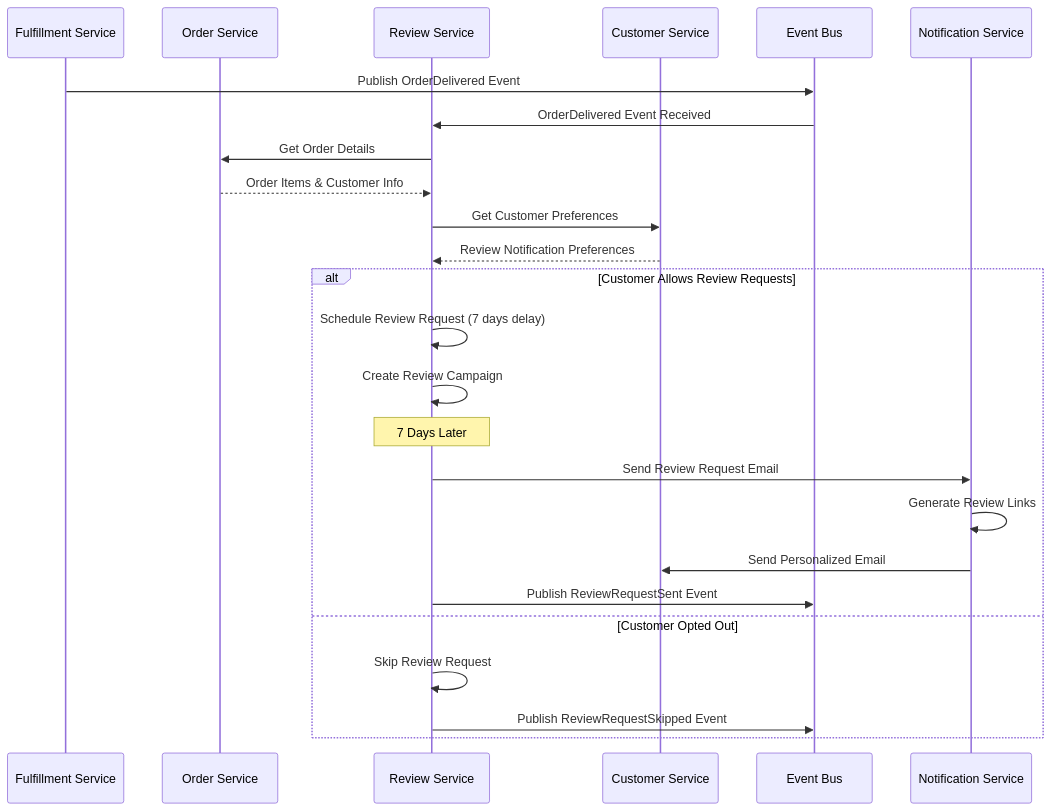
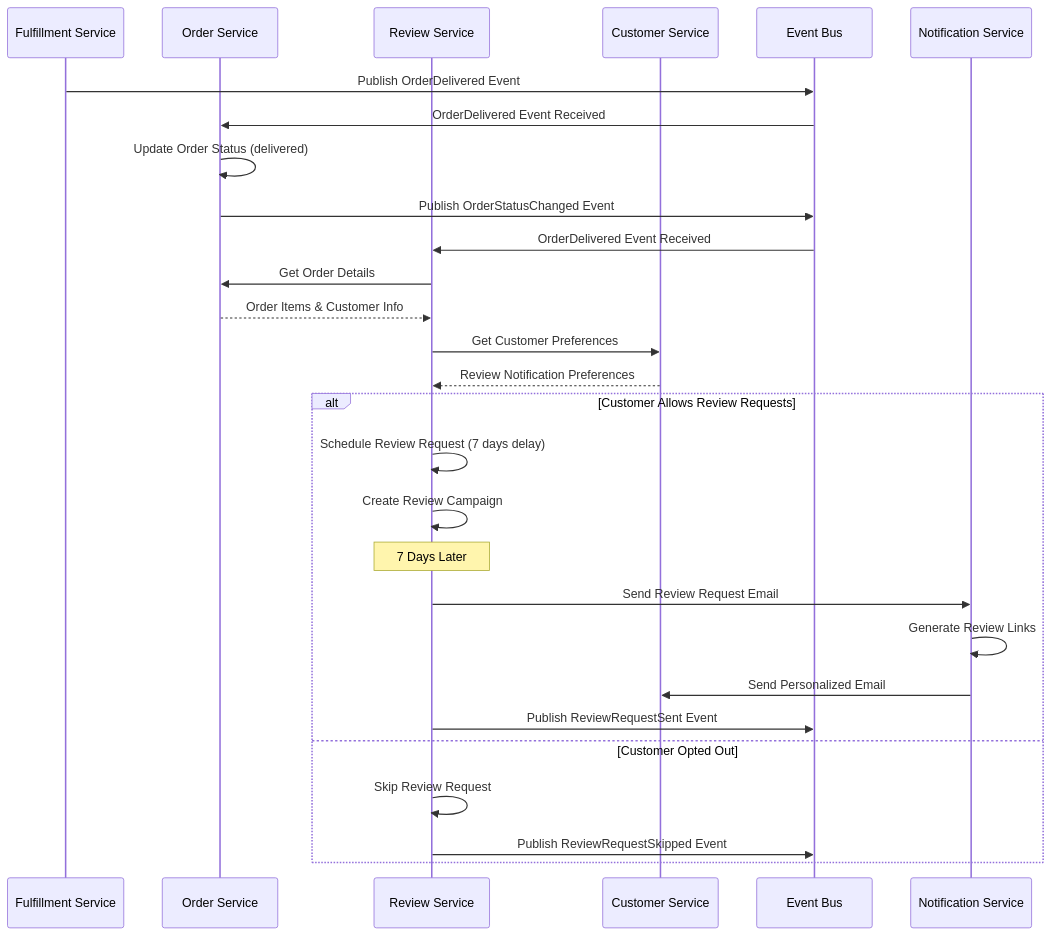
One commit to vesviet/Composable-Commerce-Service-Architecture changed the eighth of 9 diagrams in 02-business-domains/commerce/order-management.md. Above: the diagram before and after it, drawn with Mermaid. The commit also changed other lines of this file and 5 other files, not shown here.

````diff
--- a/02-business-domains/commerce/order-management.md
+++ b/02-business-domains/commerce/order-management.md
@@ -293,33 +411,36 @@
 ```mermaid
 sequenceDiagram
     participant F as Fulfillment Service
-    participant O as Order Service
+    participant OS as Order Service
     participant R as Review Service
     participant CS as Customer Service
     participant E as Event Bus
     participant N as Notification Service
     
     F->>E: Publish OrderDelivered Event
+    E->>OS: OrderDelivered Event Received
+    OS->>OS: Update Order Status (delivered)
+    OS->>E: Publish OrderStatusChanged Event
+    
     E->>R: OrderDelivered Event Received
-    
-    R->>O: Get Order Details
-    O-->>R: Order Items & Customer Info
+    R->>OS: Get Order Details
+    OS-->>R: Order Items & Customer Info
     
     R->>CS: Get Customer Preferences
     CS-->>R: Review Notification Preferences
     
     alt Customer Allows Review Requests
         R->>R: Schedule Review Request (7 days delay)
         R->>R: Create Review Campaign
         
         note over R: 7 Days Later
         R->>N: Send Review Request Email
         N->>N: Generate Review Links
         N->>CS: Send Personalized Email
         
         R->>E: Publish ReviewRequestSent Event
     else Customer Opted Out
         R->>R: Skip Review Request
         R->>E: Publish ReviewRequestSkipped Event
     end
 ```
````
